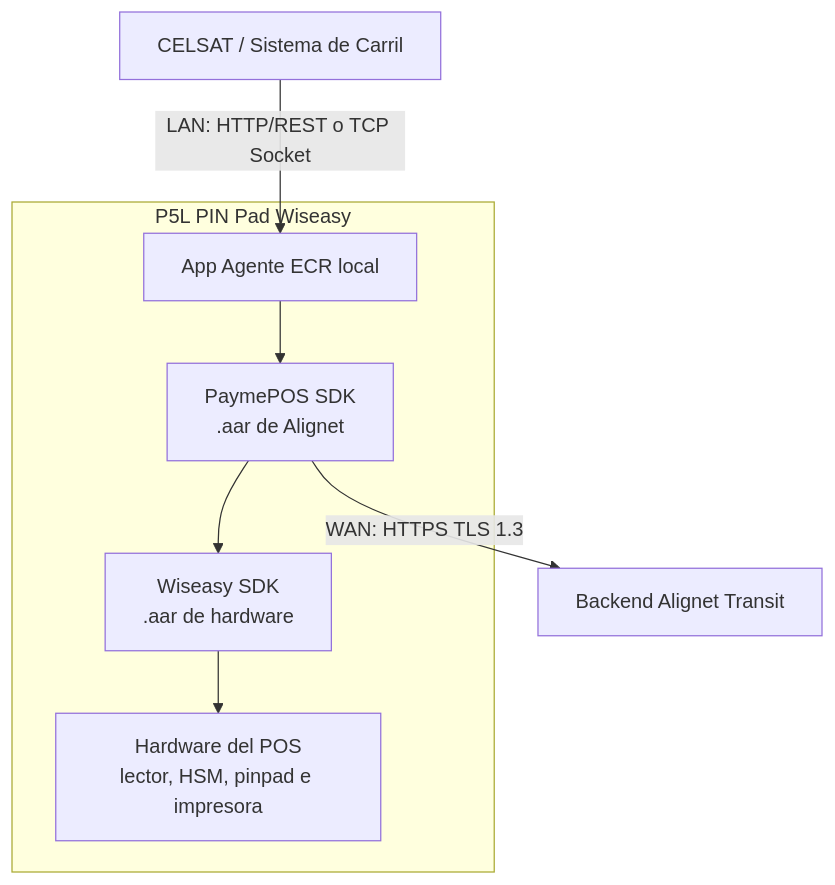
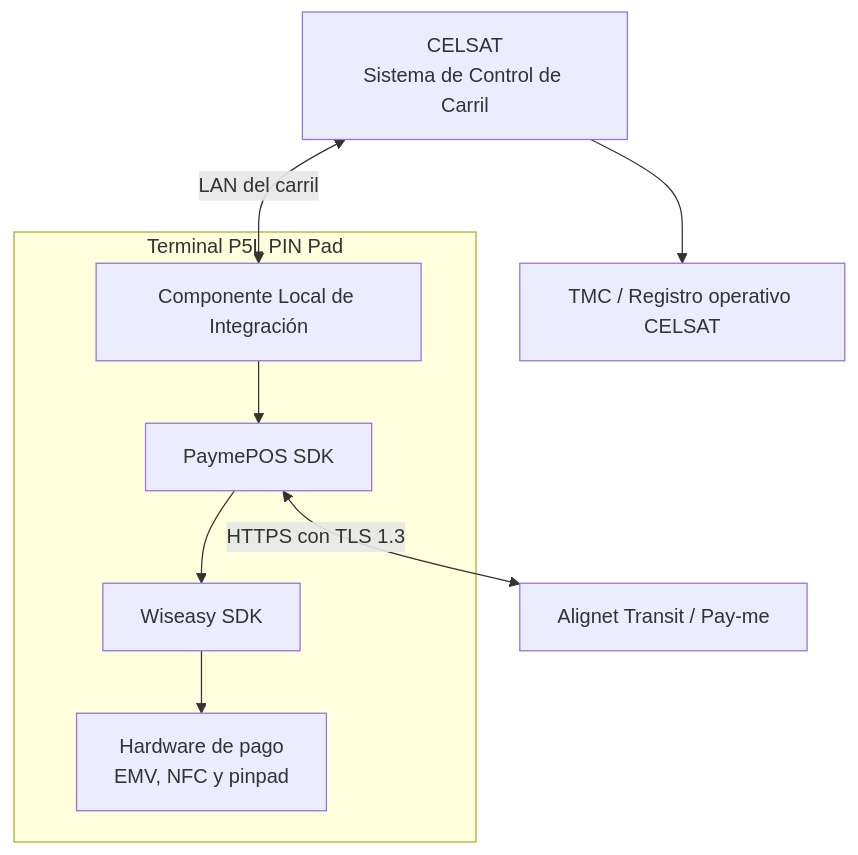
The first of 2 diagrams in procesamiento-fisico/alignet-transit/arquitectura-y-trazabilidad.mdx (alignet-docs/alignet-developers), drawn with Mermaid before and after one commit. The commit also changed other lines of this file and 13 other files, not shown here.

Commit message:
docs(transit): orientar integración CELSAT e incluir QR interoperable

````diff
--- a/procesamiento-fisico/alignet-transit/arquitectura-y-trazabilidad.mdx
+++ b/procesamiento-fisico/alignet-transit/arquitectura-y-trazabilidad.mdx
@@ -11,20 +9,22 @@
 ```mermaid
 flowchart TB
-    SCC[CELSAT / Sistema de Carril]
+    SCC[CELSAT<br/>Sistema de Control de Carril]
 
-    subgraph P5L[P5L PIN Pad Wiseasy]
-        AGENTE[App Agente ECR local]
-        PAYME[PaymePOS SDK<br/>.aar de Alignet]
-        WISEASY[Wiseasy SDK<br/>.aar de hardware]
-        HW[Hardware del POS<br/>lector, HSM, pinpad e impresora]
+    subgraph P5L[Terminal P5L PIN Pad]
+        LOCAL[Componente Local de Integración]
+        PAYME[PaymePOS SDK]
+        WISEASY[Wiseasy SDK]
+        HW[Hardware de pago<br/>EMV, NFC y pinpad]
 
-        AGENTE --> PAYME
+        LOCAL --> PAYME
         PAYME --> WISEASY
         WISEASY --> HW
     end
 
-    BACKEND[Backend Alignet Transit]
+    TRANSIT[Alignet Transit / Pay-me]
+    TMC[TMC / Registro operativo CELSAT]
 
-    SCC -->|LAN: HTTP/REST o TCP Socket| AGENTE
-    PAYME -->|WAN: HTTPS TLS 1.3| BACKEND
+    SCC <-->|LAN del carril| LOCAL
+    PAYME <-->|HTTPS con TLS 1.3| TRANSIT
+    SCC --> TMC
 ```
````
